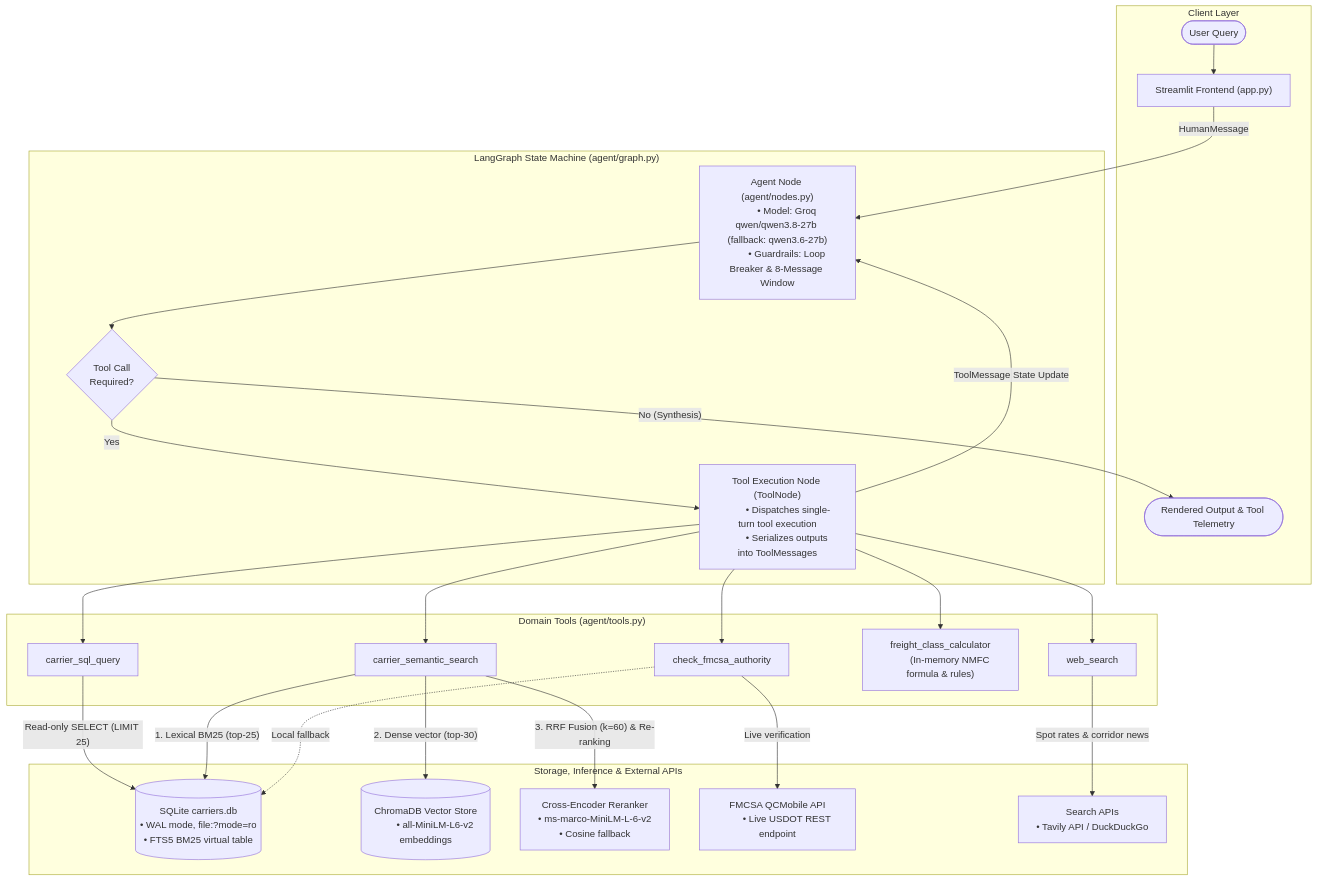
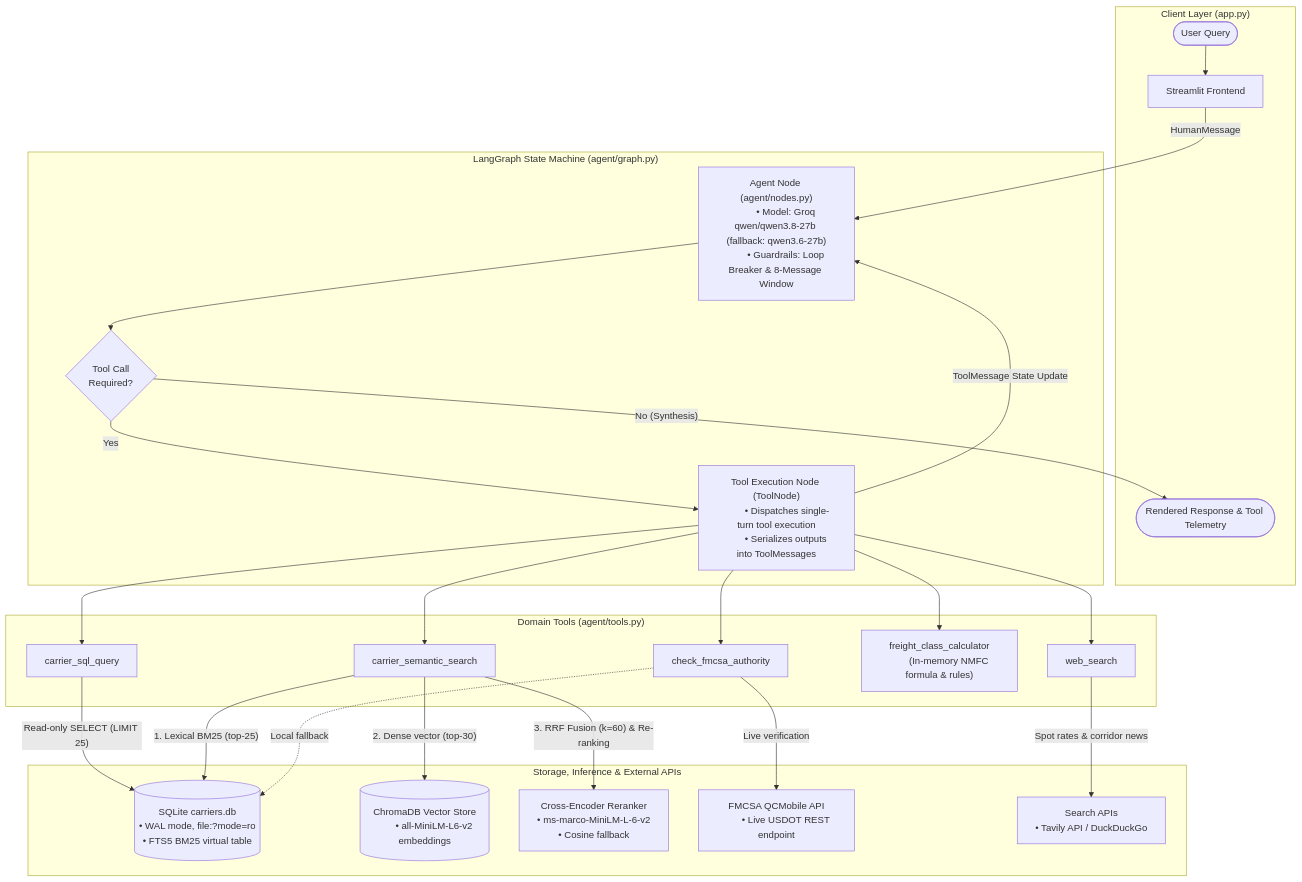
The diagram in README.md (yyouretoast/freightiq), drawn with Mermaid before and after one commit.

Commit message:
docs(readme): place router synthesis edge at top-level to eliminate subgraph cross-nesting

````diff
--- a/README.md
+++ b/README.md
@@ -67,69 +67,69 @@
 ```mermaid
 flowchart TD
-    subgraph Client ["Client Layer"]
-        User(["User Query"]) --> UI["Streamlit Frontend (app.py)"]
-        Output(["Rendered Output & Tool Telemetry"])
+    subgraph Client ["Client Layer (app.py)"]
+        User(["User Query"]) --> UI["Streamlit Frontend"]
+        Output(["Rendered Response & Tool Telemetry"])
     end
 
     subgraph Orchestrator ["LangGraph State Machine (agent/graph.py)"]
         Agent["Agent Node (agent/nodes.py)
         • Model: Groq qwen/qwen3.8-27b (fallback: qwen3.6-27b)
         • Guardrails: Loop Breaker & 8-Message Window"]
         
         Router{"Tool Call
         Required?"}
         
         ToolNode["Tool Execution Node (ToolNode)
         • Dispatches single-turn tool execution
         • Serializes outputs into ToolMessages"]
 
         Agent --> Router
         Router -- "Yes" --> ToolNode
         ToolNode -- "ToolMessage State Update" --> Agent
-        Router -- "No (Synthesis)" --> Output
     end
 
     subgraph Tools ["Domain Tools (agent/tools.py)"]
         T1["carrier_sql_query"]
         T2["carrier_semantic_search"]
         T3["check_fmcsa_authority"]
         T4["freight_class_calculator
         (In-memory NMFC formula & rules)"]
         T5["web_search"]
 
         ToolNode --> T1
         ToolNode --> T2
         ToolNode --> T3
         ToolNode --> T4
         ToolNode --> T5
     end
 
     subgraph Backends ["Storage, Inference & External APIs"]
         DB[("SQLite carriers.db
         • WAL mode, file:?mode=ro
         • FTS5 BM25 virtual table")]
 
         Chroma[("ChromaDB Vector Store
         • all-MiniLM-L6-v2 embeddings")]
 
         Reranker["Cross-Encoder Reranker
         • ms-marco-MiniLM-L-6-v2
         • Cosine fallback"]
 
         FMCSA_API["FMCSA QCMobile API
         • Live USDOT REST endpoint"]
 
         Web_API["Search APIs
         • Tavily API / DuckDuckGo"]
 
         T1 -->|"Read-only SELECT (LIMIT 25)"| DB
         T2 -->|"1. Lexical BM25 (top-25)"| DB
         T2 -->|"2. Dense vector (top-30)"| Chroma
         T2 -->|"3. RRF Fusion (k=60) & Re-ranking"| Reranker
         T3 -->|"Live verification"| FMCSA_API
         T3 -.->|"Local fallback"| DB
         T5 -->|"Spot rates & corridor news"| Web_API
     end
 
     UI -->|"HumanMessage"| Agent
+    Router -- "No (Synthesis)" --> Output
 ```
````
